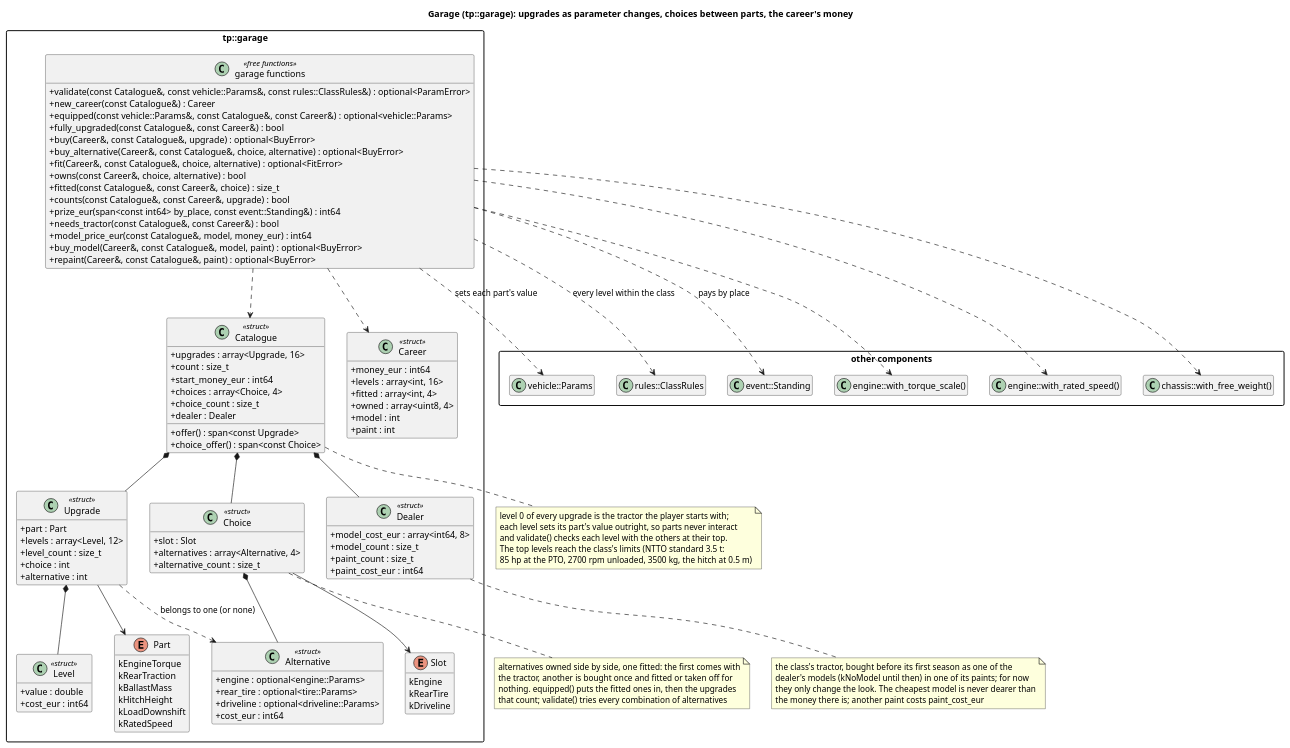
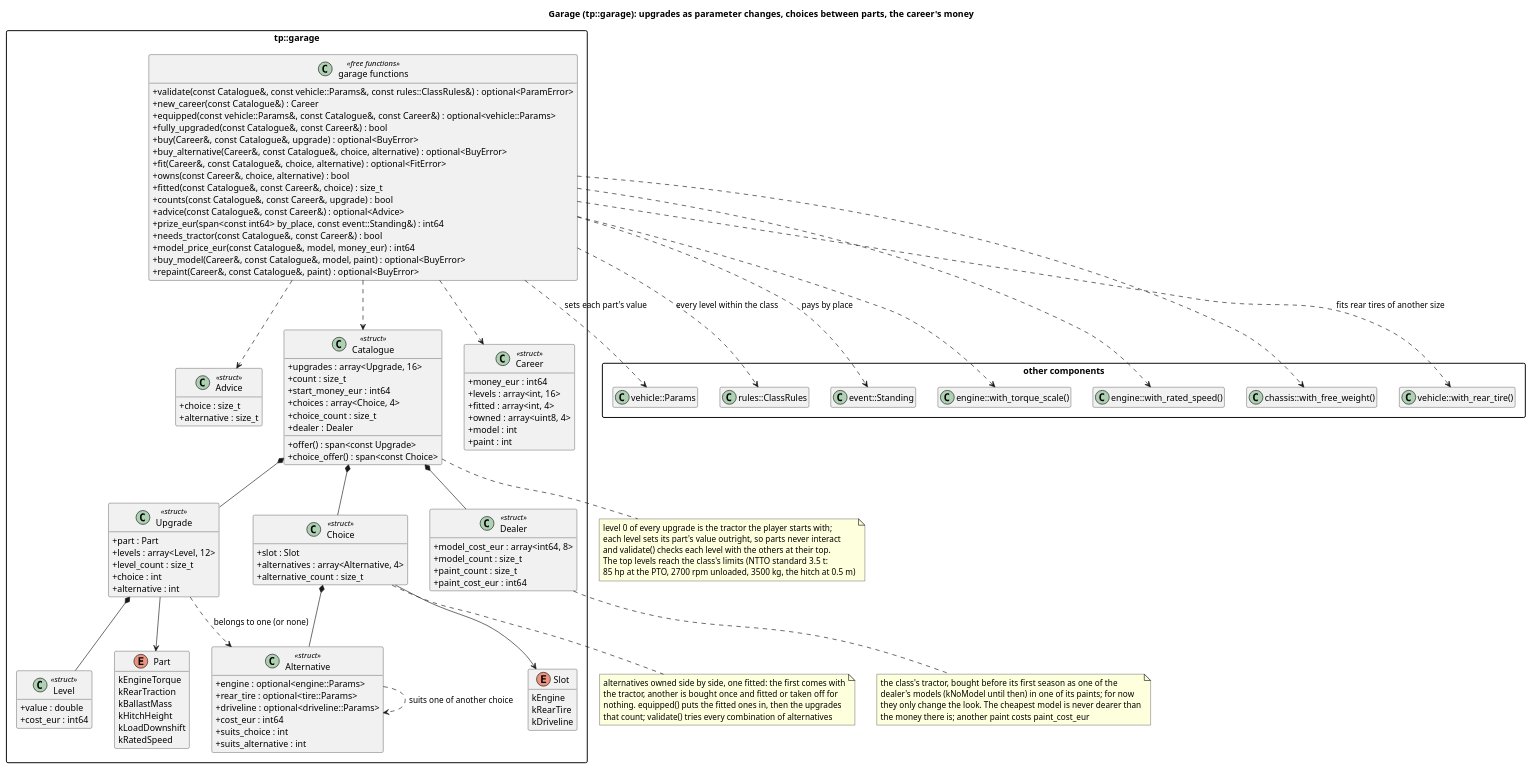
Before and after one commit to wversteeg/TractorPulling: the diagram in docs/diagrams/garage_classes.puml, drawn with PlantUML. The commit also changed 8 other files, not shown here.

First line of the commit message:
Supersport 3.6 t: docs, requirements, diagrams; the crew chief's advice in the flow test

```diff
--- a/docs/diagrams/garage_classes.puml
+++ b/docs/diagrams/garage_classes.puml
@@ -1,129 +1,140 @@
 @startuml garage_classes
 title Garage (tp::garage): upgrades as parameter changes, choices between parts, the career's money
 hide empty members
 skinparam packageStyle rectangle
 skinparam classAttributeIconSize 0
 
 package "other components" {
   class "vehicle::Params" as Tractor
   class "rules::ClassRules" as ClassRules
   class "event::Standing" as EventStanding
   class "engine::with_torque_scale()" as TorqueScale
   class "engine::with_rated_speed()" as RatedSpeed
   class "chassis::with_free_weight()" as BallastMass
+  class "vehicle::with_rear_tire()" as RearTire
 }
 
 package "tp::garage" {
   enum Part {
     kEngineTorque
     kRearTraction
     kBallastMass
     kHitchHeight
     kLoadDownshift
     kRatedSpeed
   }
   class Level <<struct>> {
     +value : double
     +cost_eur : int64
   }
   class Upgrade <<struct>> {
     +part : Part
     +levels : array<Level, 12>
     +level_count : size_t
     +choice : int
     +alternative : int
   }
   enum Slot {
     kEngine
     kRearTire
     kDriveline
   }
   class Alternative <<struct>> {
     +engine : optional<engine::Params>
     +rear_tire : optional<tire::Params>
     +driveline : optional<driveline::Params>
     +cost_eur : int64
+    +suits_choice : int
+    +suits_alternative : int
+  }
+  class Advice <<struct>> {
+    +choice : size_t
+    +alternative : size_t
   }
   class Choice <<struct>> {
     +slot : Slot
     +alternatives : array<Alternative, 4>
     +alternative_count : size_t
   }
   class Dealer <<struct>> {
     +model_cost_eur : array<int64, 8>
     +model_count : size_t
     +paint_count : size_t
     +paint_cost_eur : int64
   }
   class Catalogue <<struct>> {
     +upgrades : array<Upgrade, 16>
     +count : size_t
     +start_money_eur : int64
     +choices : array<Choice, 4>
     +choice_count : size_t
     +dealer : Dealer
     +offer() : span<const Upgrade>
     +choice_offer() : span<const Choice>
   }
   class Career <<struct>> {
     +money_eur : int64
     +levels : array<int, 16>
     +fitted : array<int, 4>
     +owned : array<uint8, 4>
     +model : int
     +paint : int
   }
   class "garage functions" as GarageFns <<free functions>> {
     +validate(const Catalogue&, const vehicle::Params&, const rules::ClassRules&) : optional<ParamError>
     +new_career(const Catalogue&) : Career
     +equipped(const vehicle::Params&, const Catalogue&, const Career&) : optional<vehicle::Params>
     +fully_upgraded(const Catalogue&, const Career&) : bool
     +buy(Career&, const Catalogue&, upgrade) : optional<BuyError>
     +buy_alternative(Career&, const Catalogue&, choice, alternative) : optional<BuyError>
     +fit(Career&, const Catalogue&, choice, alternative) : optional<FitError>
     +owns(const Career&, choice, alternative) : bool
     +fitted(const Catalogue&, const Career&, choice) : size_t
     +counts(const Catalogue&, const Career&, upgrade) : bool
+    +advice(const Catalogue&, const Career&) : optional<Advice>
     +prize_eur(span<const int64> by_place, const event::Standing&) : int64
     +needs_tractor(const Catalogue&, const Career&) : bool
     +model_price_eur(const Catalogue&, model, money_eur) : int64
     +buy_model(Career&, const Catalogue&, model, paint) : optional<BuyError>
     +repaint(Career&, const Catalogue&, paint) : optional<BuyError>
   }
   Catalogue *-- Upgrade
   Catalogue *-- Choice
   Catalogue *-- Dealer
   Choice *-- Alternative
   Choice --> Slot
   Upgrade *-- Level
   Upgrade --> Part
   Upgrade ..> Alternative : belongs to one (or none)
+  Alternative ..> Alternative : suits one of another choice
+  GarageFns ..> Advice
   GarageFns ..> Catalogue
   GarageFns ..> Career
 }
 GarageFns ..> Tractor : sets each part's value
 GarageFns ..> ClassRules : every level within the class
 GarageFns ..> EventStanding : pays by place
 GarageFns ..> TorqueScale
 GarageFns ..> RatedSpeed
 GarageFns ..> BallastMass
+GarageFns ..> RearTire : fits rear tires of another size
 note bottom of Catalogue
   level 0 of every upgrade is the tractor the player starts with;
   each level sets its part's value outright, so parts never interact
   and validate() checks each level with the others at their top.
   The top levels reach the class's limits (NTTO standard 3.5 t:
   85 hp at the PTO, 2700 rpm unloaded, 3500 kg, the hitch at 0.5 m)
 end note
 note bottom of Dealer
   the class's tractor, bought before its first season as one of the
   dealer's models (kNoModel until then) in one of its paints; for now
   they only change the look. The cheapest model is never dearer than
   the money there is; another paint costs paint_cost_eur
 end note
 note bottom of Choice
   alternatives owned side by side, one fitted: the first comes with
   the tractor, another is bought once and fitted or taken off for
   nothing. equipped() puts the fitted ones in, then the upgrades
   that count; validate() tries every combination of alternatives
 end note
 @enduml
```
